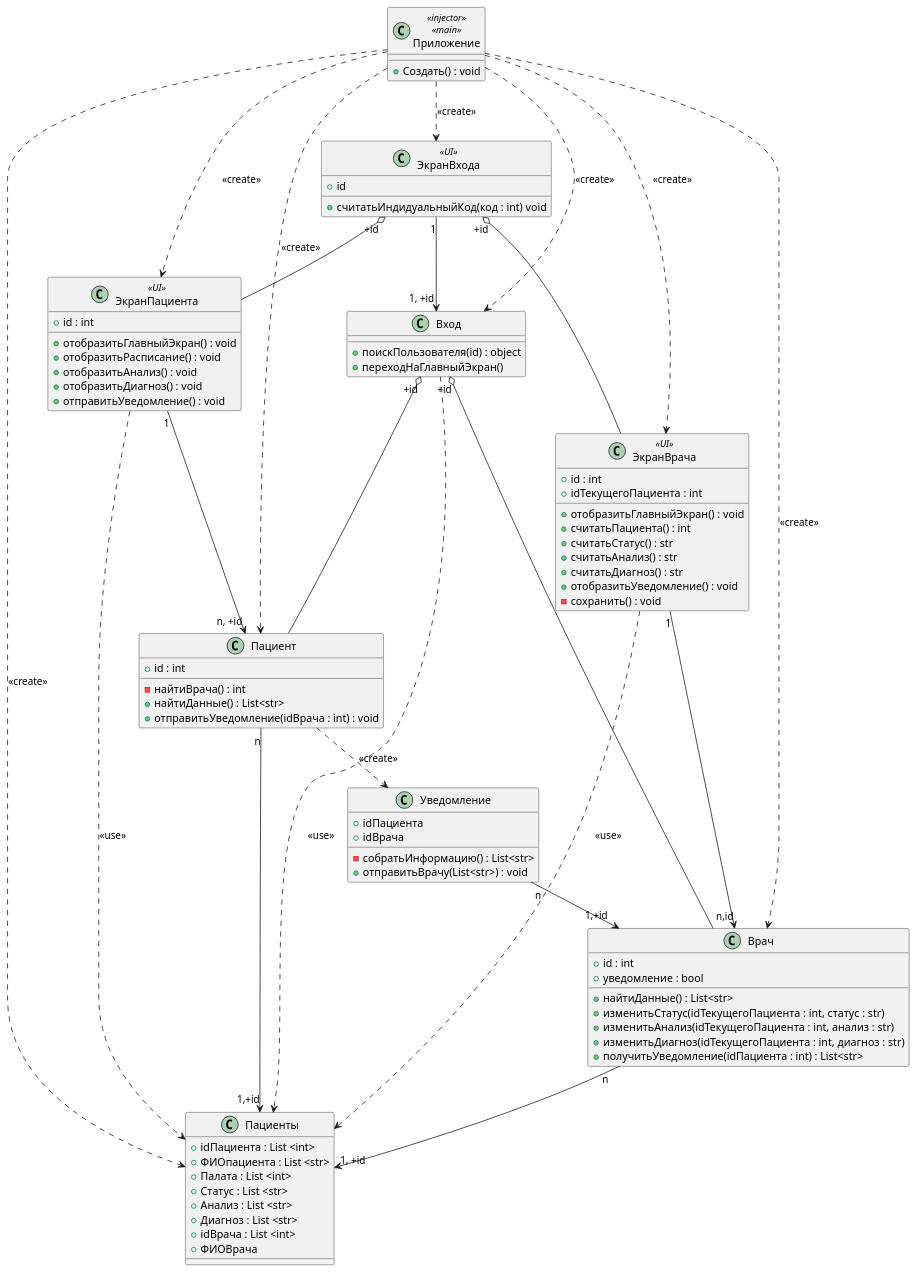
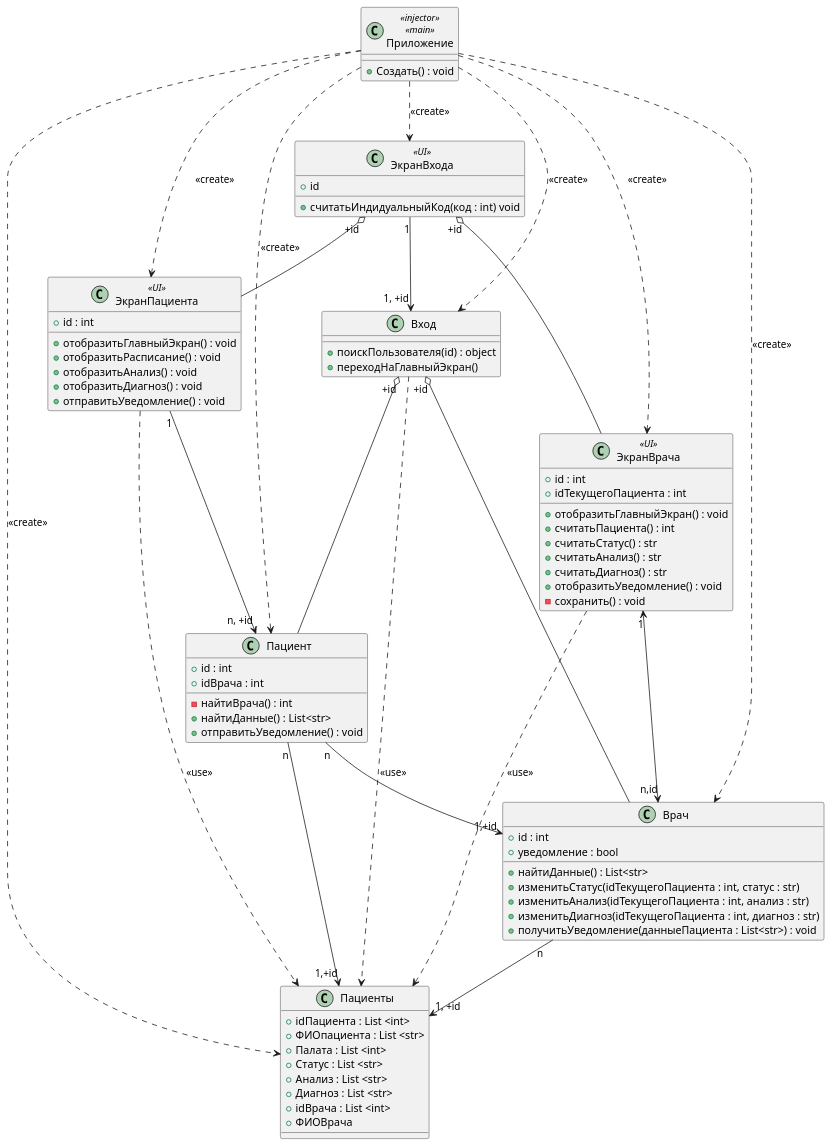
One commit to fcumay/Hospital-app-model.-OnTime changed the diagram in diagrams/uml_class_base.plantuml. Above: the diagram before and after it, drawn with PlantUML.

```diff
--- a/diagrams/uml_class_base.plantuml
+++ b/diagrams/uml_class_base.plantuml
@@ -1,113 +1,103 @@
 @startuml
 class Приложение <<injector>>, <<main>>
 {
 +Создать() : void
 }
 Приложение ..> ЭкранВхода : <<create>>
 Приложение ..> ЭкранВрача : <<create>>
 Приложение ..> ЭкранПациента : <<create>>
 Приложение ..> Вход : <<create>>
 Приложение ..> Врач : <<create>>
 Приложение ..> Пациент : <<create>>
 Приложение ..> Пациенты : <<create>>
 
 class ЭкранВхода <<UI>>{
 +id
 
 +считатьИндидуальныйКод(код : int) void
 }
 ЭкранВхода "1"-->"1, +id" Вход
 ЭкранВхода "+id" o-- ЭкранВрача
 ЭкранВхода "+id" o-- ЭкранПациента
 
 
 class ЭкранВрача <<UI>> {
 +id : int
 +idТекущегоПациента : int
 
 +отобразитьГлавныйЭкран() : void
 +считатьПациента() : int
 +считатьСтатус() : str
 +считатьАнализ() : str
 +считатьДиагноз() : str
 +отобразитьУведомление() : void
 -сохранить() : void
 }
 
-ЭкранВрача "1"-->"n,id" Врач
+ЭкранВрача "1"<-->"n,id" Врач
 ЭкранВрача ..> Пациенты : <<use>>
 
 
 
 class ЭкранПациента <<UI>>
 {
 +id : int
 
 +отобразитьГлавныйЭкран() : void
 +отобразитьРасписание() : void
 +отобразитьАнализ() : void
 +отобразитьДиагноз() : void
 +отправитьУведомление() : void
 }
 
 ЭкранПациента "1"-->"n, +id" Пациент
 ЭкранПациента ..> Пациенты : <<use>>
 
 
 class Вход
 {
 + поискПользователя(id) : object
 + переходНаГлавныйЭкран()
 }
 Вход ..> Пациенты : <<use>>
 Вход "+id" o--  Врач
 Вход "+id" o-- Пациент
 
 
 
 class Врач
 {
 + id : int
 + уведомление : bool
 
 +найтиДанные() : List<str>
 + изменитьСтатус(idТекущегоПациента : int, статус : str)
 + изменитьАнализ(idТекущегоПациента : int, анализ : str)
 + изменитьДиагноз(idТекущегоПациента : int, диагноз : str)
-+ получитьУведомление(idПациента : int) : List<str>
++ получитьУведомление(данныеПациента : List<str>) : void
 }
 Врач "n"-->"1, +id" Пациенты
 
 class Пациент
 {
 + id : int
-
++ idВрача : int
 -найтиВрача() : int
 +найтиДанные() : List<str>
-+отправитьУведомление(idВрача : int) : void
++отправитьУведомление() : void
 }
 Пациент "n"-->"1,+id" Пациенты
-Пациент ..> Уведомление : <<create>>
-
-class Уведомление
-{
-+idПациента
-+idВрача
-
--собратьИнформацию() : List<str>
-+отправитьВрачу(List<str>) : void
-}
-Уведомление "n"-->"1,+id" Врач
+Пациент "n"-->"1,+id" Врач
 
 class Пациенты
 {
 +idПациента : List <int>
 +ФИОпациента : List <str>
 +Палата : List <int>
 +Статус : List <str>
 +Анализ : List <str>
 +Диагноз : List <str>
 +idВрача : List <int>
 +ФИОВрача
 }
 @enduml
```
